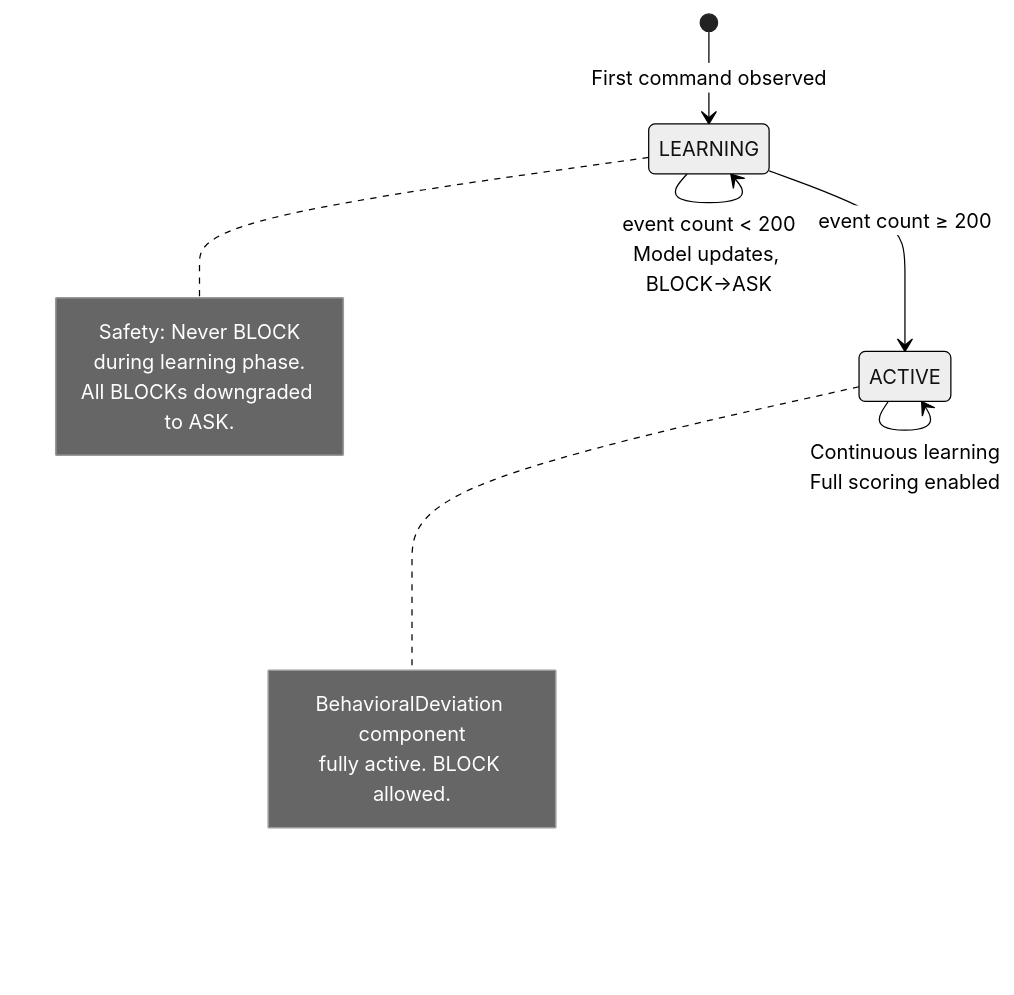
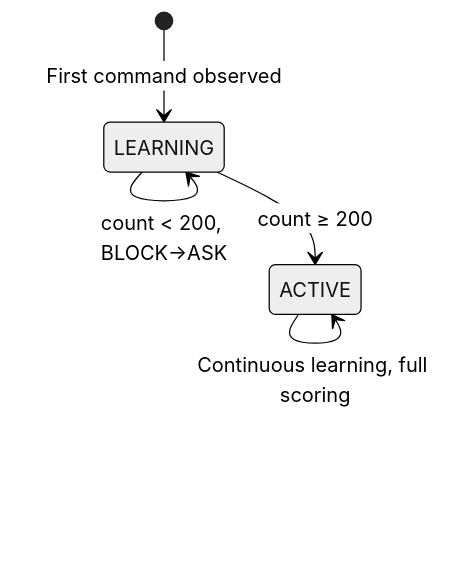
Before and after one commit to rachitGupta-ai/IntentGuard: diagram 11 of 26 in docs/product-design-and-execution-flow.md, drawn with Mermaid (neutral theme). The commit also changed other lines of this file and 29 other files, not shown here.

````diff
--- a/docs/product-design-and-execution-flow.md
+++ b/docs/product-design-and-execution-flow.md
@@ -406,18 +493,7 @@
 ```mermaid
 stateDiagram-v2
     [*] --> LEARNING: First command observed
-    LEARNING --> LEARNING: event count < 200<br/>Model updates, BLOCK→ASK
-    LEARNING --> ACTIVE: event count ≥ 200
-    ACTIVE --> ACTIVE: Continuous learning<br/>Full scoring enabled
-
-    note right of LEARNING
-        Safety: Never BLOCK
-        during learning phase.
-        All BLOCKs downgraded to ASK.
-    end note
-
-    note right of ACTIVE
-        BehavioralDeviation component
-        fully active. BLOCK allowed.
-    end note
+    LEARNING --> LEARNING: count < 200, BLOCK→ASK
+    LEARNING --> ACTIVE: count ≥ 200
+    ACTIVE --> ACTIVE: Continuous learning, full scoring
 ```
````
